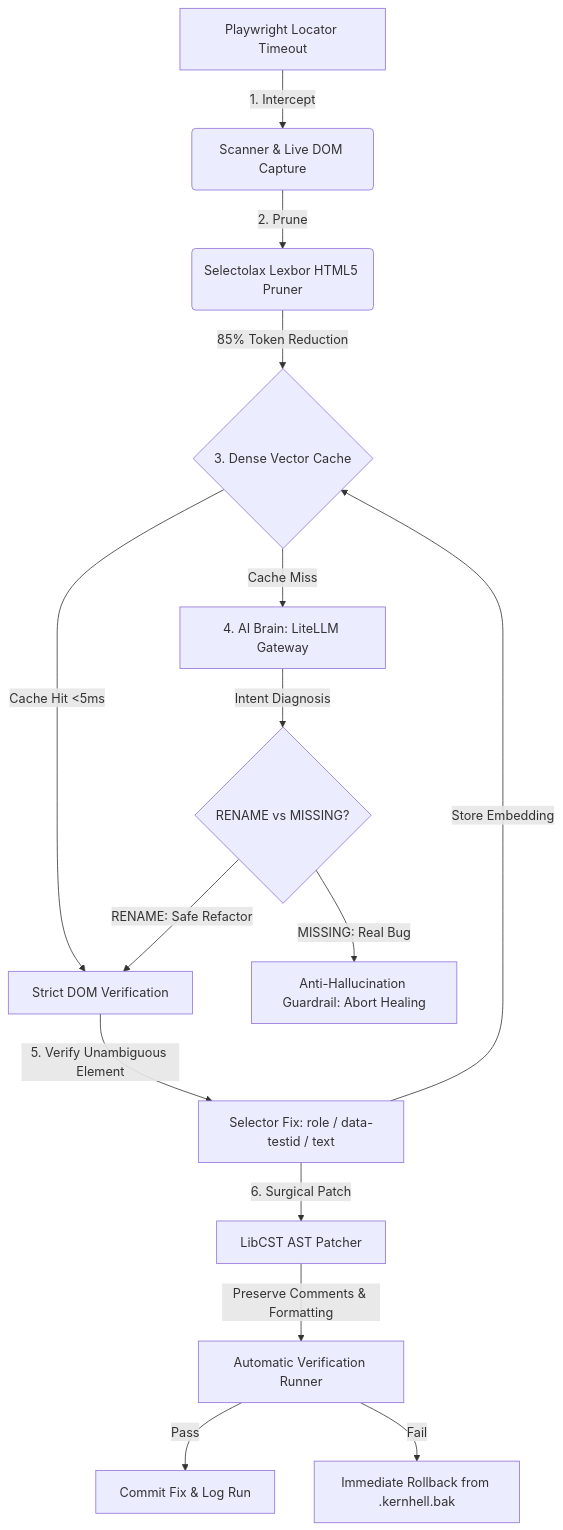
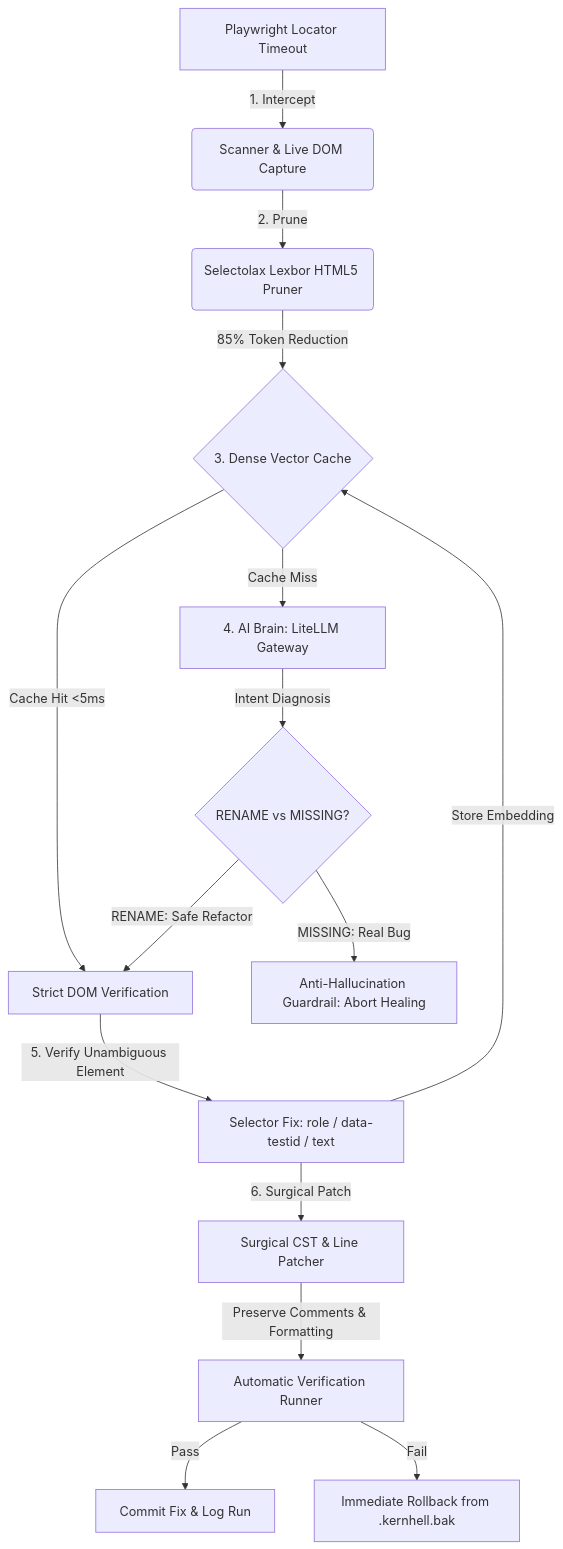
One commit to Build-with-Akshit/KernHell changed the diagram in README.md. Above: the diagram before and after it, drawn with Mermaid. The commit also changed other lines of this file, not shown here.

````diff
--- a/README.md
+++ b/README.md
@@ -24,17 +25,17 @@
 ```mermaid
 flowchart TD
     A[Playwright Locator Timeout] -->|1. Intercept| B(Scanner & Live DOM Capture)
     B -->|2. Prune| C(Selectolax Lexbor HTML5 Pruner)
     C -->|85% Token Reduction| D{3. Dense Vector Cache}
     D -->|Cache Hit <5ms| G[Strict DOM Verification]
     D -->|Cache Miss| E[4. AI Brain: LiteLLM Gateway]
     E -->|Intent Diagnosis| F{RENAME vs MISSING?}
     F -->|MISSING: Real Bug| H[Anti-Hallucination Guardrail: Abort Healing]
     F -->|RENAME: Safe Refactor| G
     G -->|5. Verify Unambiguous Element| I[Selector Fix: role / data-testid / text]
     I -->|Store Embedding| D
-    I -->|6. Surgical Patch| J[LibCST AST Patcher]
+    I -->|6. Surgical Patch| J[Surgical CST & Line Patcher]
     J -->|Preserve Comments & Formatting| K[Automatic Verification Runner]
     K -->|Pass| L[Commit Fix & Log Run]
     K -->|Fail| M[Immediate Rollback from .kernhell.bak]
 ```
````
